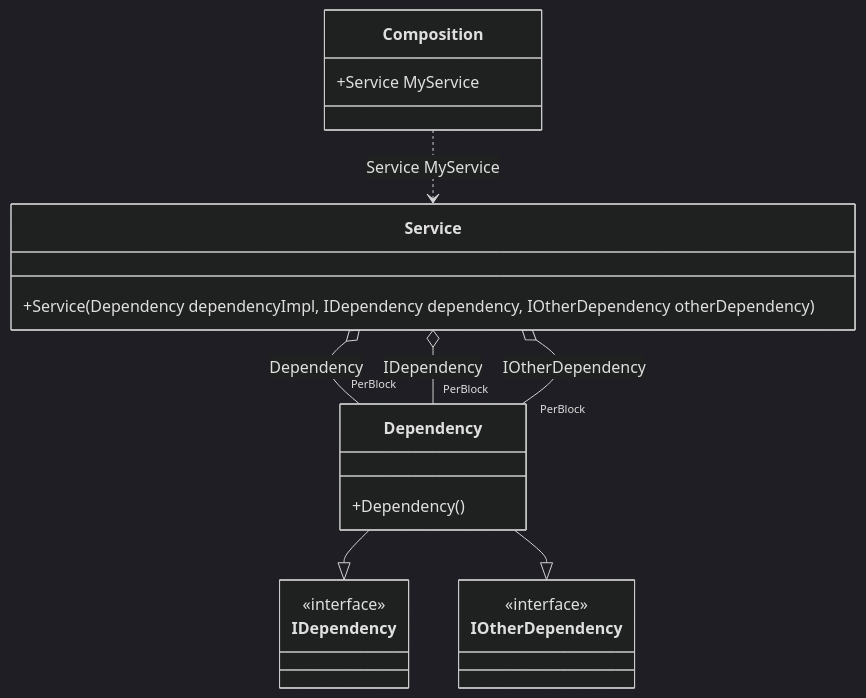
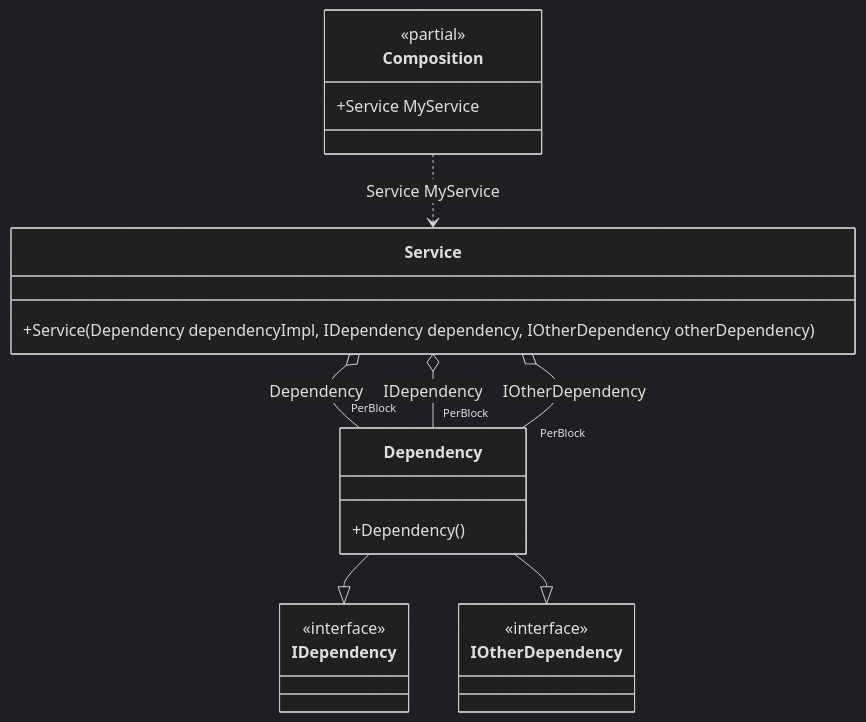
Before and after one commit to DevTeam/Pure.DI: the diagram in readme/simplified-binding.md, drawn with Mermaid (dark theme). The commit also changed 74 other files, not shown here.

Commit message:
Improved class diagram

````diff
--- a/readme/simplified-binding.md
+++ b/readme/simplified-binding.md
@@ -58,24 +58,25 @@
 ```mermaid
 classDiagram
 	class Composition {
+		<<partial>>
 		+Service MyService
 	}
 	class Service {
 		+Service(Dependency dependencyImpl, IDependency dependency, IOtherDependency otherDependency)
 	}
 	Dependency --|> IDependency : 
 	Dependency --|> IOtherDependency : 
 	class Dependency {
 		+Dependency()
 	}
 	class IDependency {
 		<<interface>>
 	}
 	class IOtherDependency {
 		<<interface>>
 	}
-	Service o--  "PerBlock" Dependency : Dependency
-	Service o--  "PerBlock" Dependency : IDependency
-	Service o--  "PerBlock" Dependency : IOtherDependency
+	Service o-- "PerBlock" Dependency : Dependency
+	Service o-- "PerBlock" Dependency : IDependency
+	Service o-- "PerBlock" Dependency : IOtherDependency
 	Composition ..> Service : Service MyService
 ```
````
